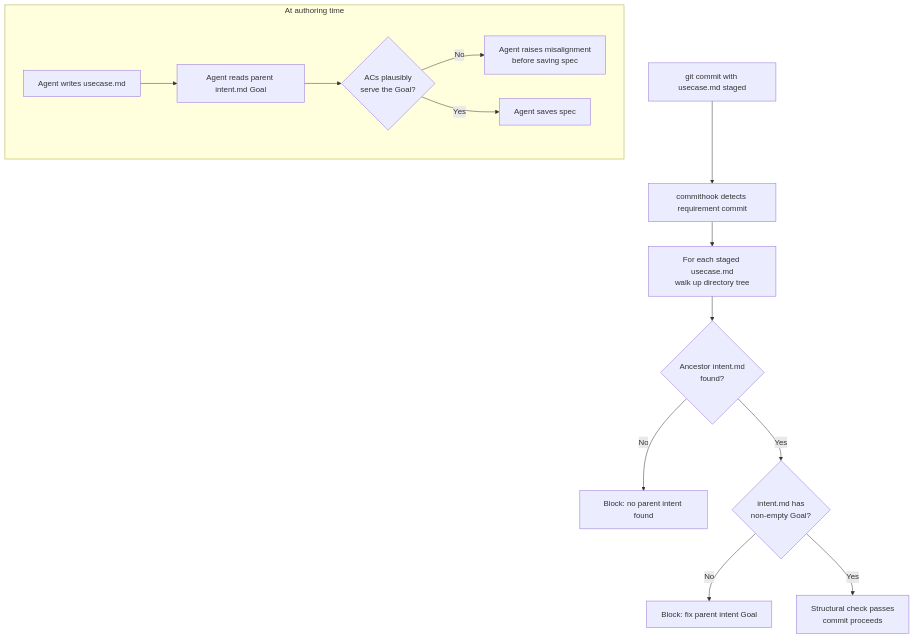
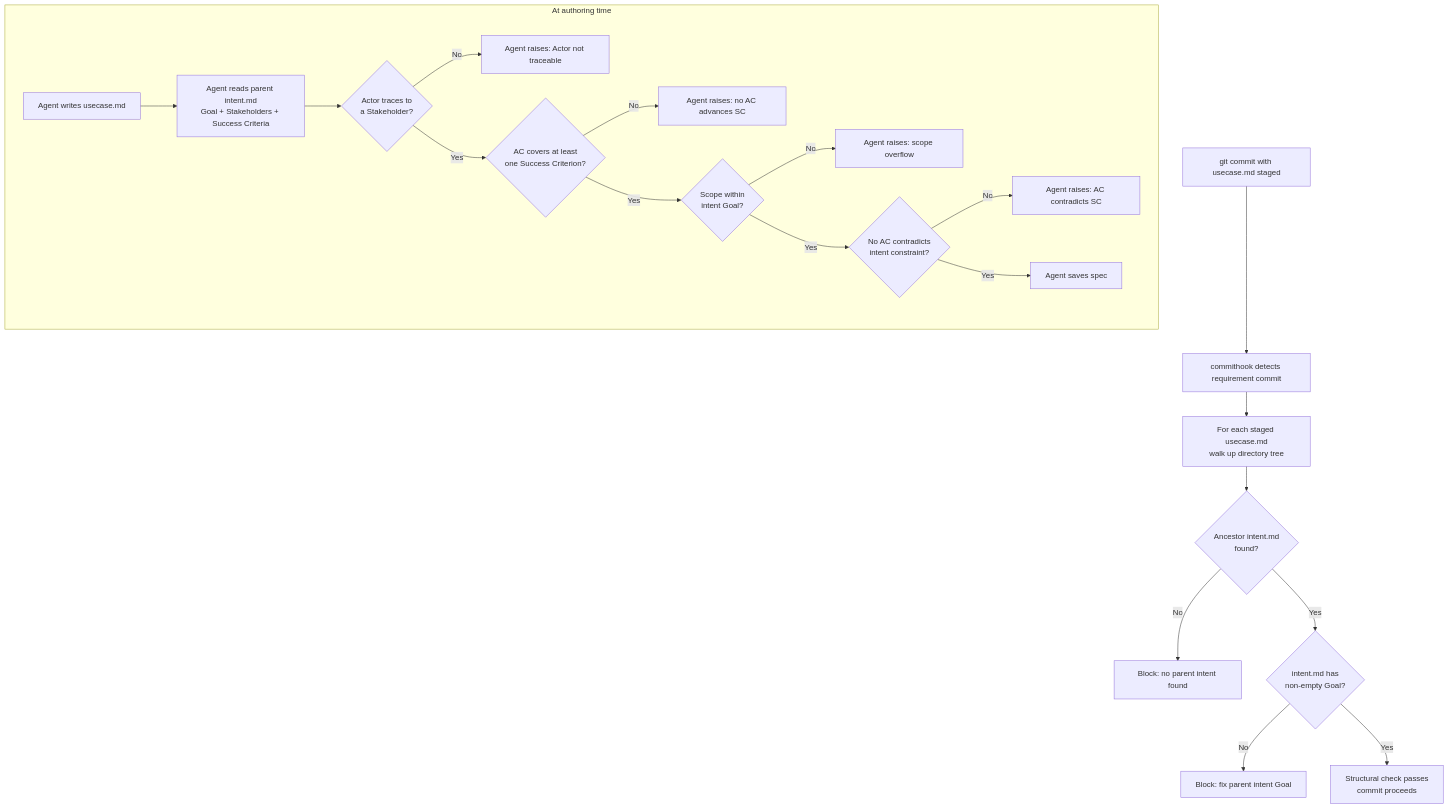
Before and after one commit to imix/taproot: the diagram in taproot/specs/quality-gates/validate-behaviour-intent-alignment/usecase.md, drawn with Mermaid. The commit also changed other lines of this file and 1 other file, not shown here.

Commit message:
spec(quality-gates/validate-behaviour-intent-alignment): deepen alignment checks — Actor-Stakeholder trace, AC coverage, scope boundary, contradiction check (AC-7–9)

````diff
--- a/taproot/specs/quality-gates/validate-behaviour-intent-alignment/usecase.md
+++ b/taproot/specs/quality-gates/validate-behaviour-intent-alignment/usecase.md
@@ -57,17 +84,23 @@
 ```mermaid
 flowchart TD
     A[git commit with usecase.md staged] --> B[commithook detects requirement commit]
     B --> C[For each staged usecase.md\nwalk up directory tree]
     C --> D{Ancestor intent.md\nfound?}
     D -- No --> E[Block: no parent intent found]
     D -- Yes --> F{intent.md has\nnon-empty Goal?}
     F -- No --> G[Block: fix parent intent Goal]
     F -- Yes --> H[Structural check passes\ncommit proceeds]
 
     subgraph At authoring time
-    I[Agent writes usecase.md] --> J[Agent reads parent intent.md Goal]
-    J --> K{ACs plausibly\nserve the Goal?}
-    K -- No --> L[Agent raises misalignment\nbefore saving spec]
-    K -- Yes --> M[Agent saves spec]
+    I[Agent writes usecase.md] --> J[Agent reads parent intent.md\nGoal + Stakeholders + Success Criteria]
+    J --> K{Actor traces to\na Stakeholder?}
+    K -- No --> L[Agent raises: Actor not traceable]
+    K -- Yes --> N{AC covers at least\none Success Criterion?}
+    N -- No --> O[Agent raises: no AC advances SC]
+    N -- Yes --> P{Scope within\nintent Goal?}
+    P -- No --> Q[Agent raises: scope overflow]
+    P -- Yes --> R{No AC contradicts\nintent constraint?}
+    R -- No --> S[Agent raises: AC contradicts SC]
+    R -- Yes --> M[Agent saves spec]
     end
 ```
````
